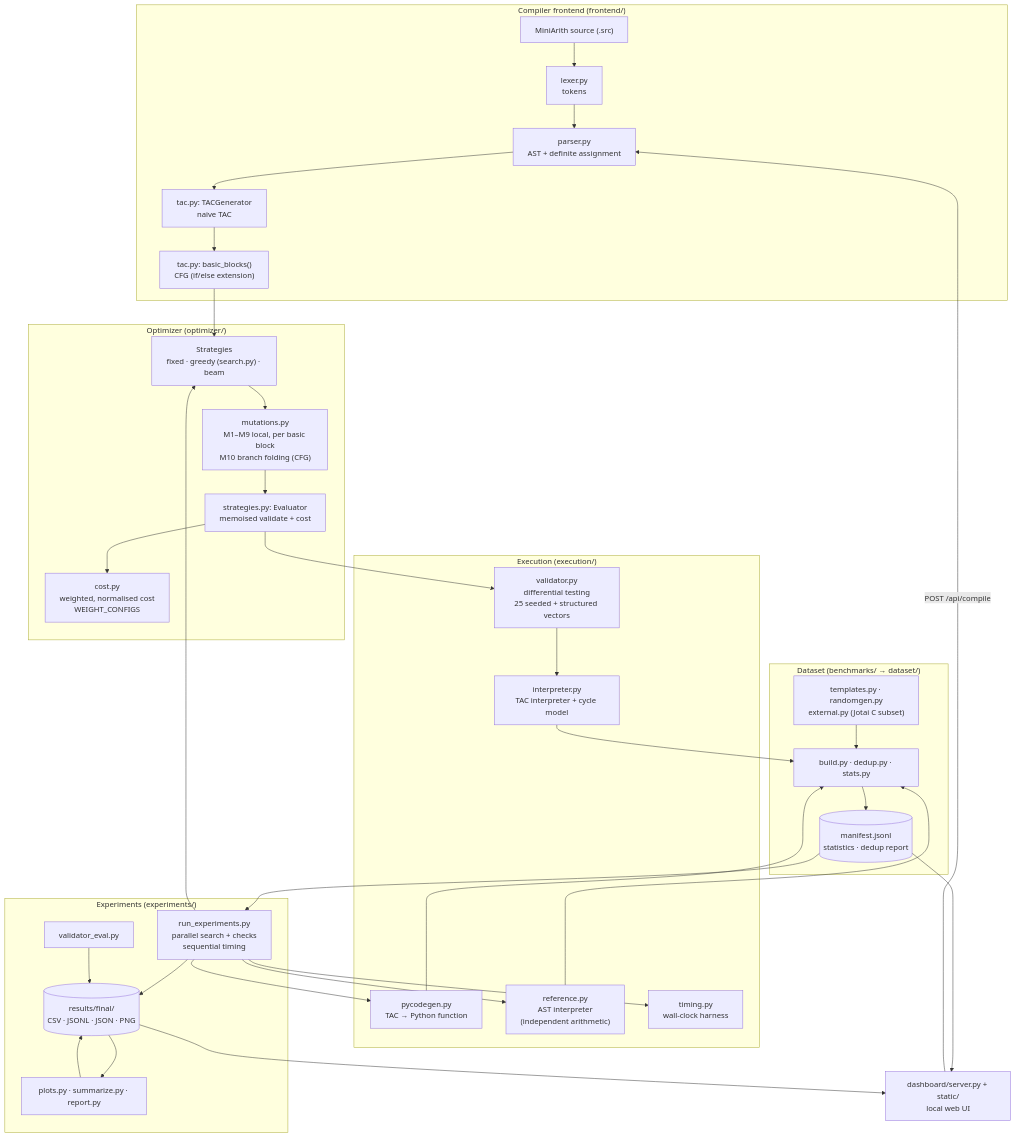
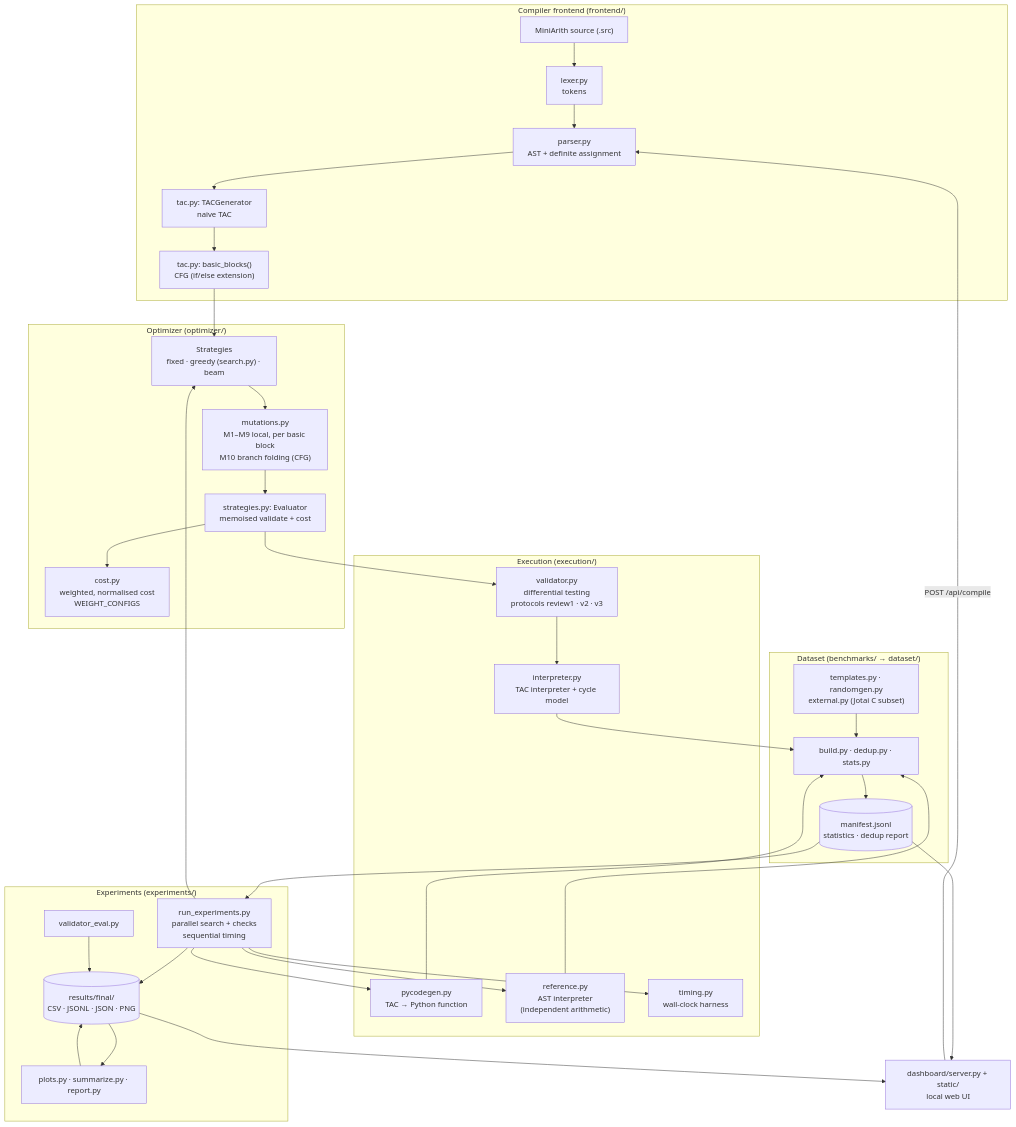
One commit to mridulk-dev/mutation-based-compiler-optimizer changed the diagram in docs/architecture.mmd. Above: the diagram before and after it, drawn with Mermaid. The commit also changed 13 other files, not shown here.

```diff
--- a/docs/architecture.mmd
+++ b/docs/architecture.mmd
@@ -1,50 +1,50 @@
 flowchart TB
     subgraph FE["Compiler frontend (frontend/)"]
         SRC["MiniArith source (.src)"] --> LEX["lexer.py<br/>tokens"] --> PAR["parser.py<br/>AST + definite assignment"]
         PAR --> GEN["tac.py: TACGenerator<br/>naive TAC"]
         GEN --> CFG["tac.py: basic_blocks()<br/>CFG (if/else extension)"]
     end
     subgraph OPT["Optimizer (optimizer/)"]
         MUT["mutations.py<br/>M1–M9 local, per basic block<br/>M10 branch folding (CFG)"]
         EVAL["strategies.py: Evaluator<br/>memoised validate + cost"]
         COST["cost.py<br/>weighted, normalised cost<br/>WEIGHT_CONFIGS"]
         STRAT["Strategies<br/>fixed · greedy (search.py) · beam"]
     end
     subgraph EXE["Execution (execution/)"]
-        VAL["validator.py<br/>differential testing<br/>25 seeded + structured vectors"]
+        VAL["validator.py<br/>differential testing<br/>protocols review1 · v2 · v3"]
         INT["interpreter.py<br/>TAC interpreter + cycle model"]
         PYC["pycodegen.py<br/>TAC → Python function"]
         REF["reference.py<br/>AST interpreter<br/>(independent arithmetic)"]
         TIM["timing.py<br/>wall-clock harness"]
     end
     subgraph DATA["Dataset (benchmarks/ → dataset/)"]
         TPL["templates.py · randomgen.py<br/>external.py (Jotai C subset)"]
         BLD["build.py · dedup.py · stats.py"]
         MAN[("manifest.jsonl<br/>statistics · dedup report")]
     end
     subgraph EXP["Experiments (experiments/)"]
         RUN["run_experiments.py<br/>parallel search + checks<br/>sequential timing"]
         VE["validator_eval.py"]
         PLT["plots.py · summarize.py · report.py"]
         RES[("results/final/<br/>CSV · JSONL · JSON · PNG")]
     end
     DASH["dashboard/server.py + static/<br/>local web UI"]
 
     CFG --> STRAT
     STRAT --> MUT --> EVAL
     EVAL --> VAL --> INT
     EVAL --> COST
     TPL --> BLD --> MAN
     REF --> BLD
     INT --> BLD
     PYC --> BLD
     MAN --> RUN --> STRAT
     RUN --> REF
     RUN --> PYC
     RUN --> TIM
     RUN --> RES
     VE --> RES
     RES --> PLT --> RES
     MAN --> DASH
     RES --> DASH
     DASH -- "POST /api/compile" --> PAR
```
